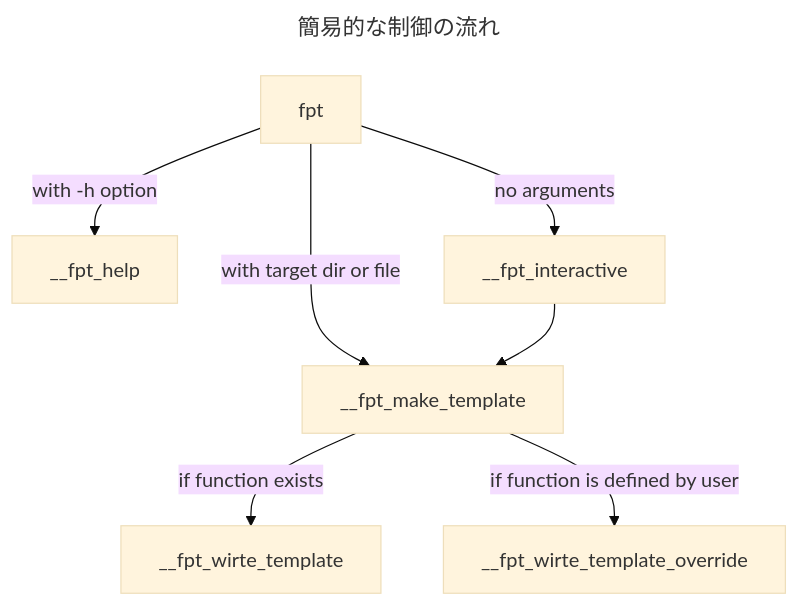
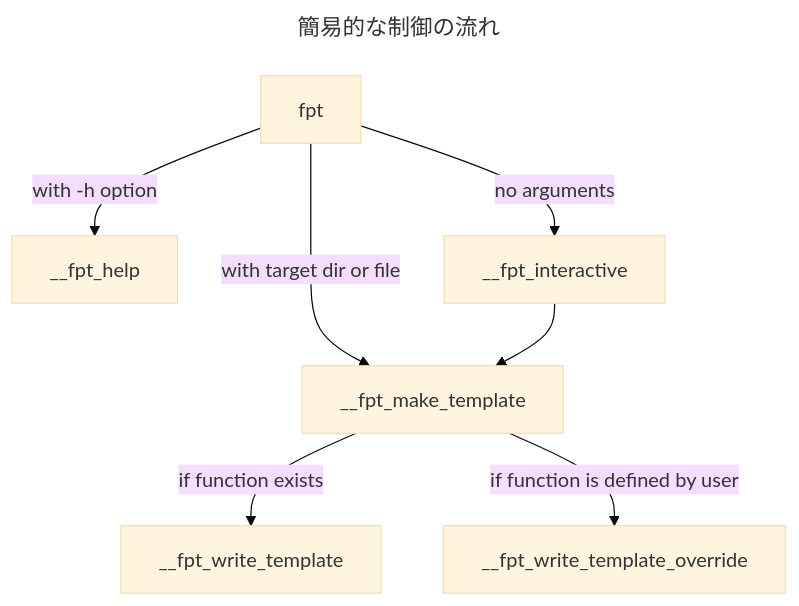
The diagram in articles/zenn-fish-plugin-template.md (yo-goto/zenn-public-repo), drawn with Mermaid (base theme) before and after one commit. The commit also changed other lines of this file and 45 other files, not shown here.

````diff
--- a/articles/zenn-fish-plugin-template.md
+++ b/articles/zenn-fish-plugin-template.md
@@ -82,18 +82,18 @@
 ```mermaid
 ---
 title: 簡易的な制御の流れ
 ---
 graph TD
     id0[fpt]
     id2[__fpt_help]
     id3[__fpt_make_template]
-    id4[__fpt_wirte_template]
-    id5[__fpt_wirte_template_override]
+    id4[__fpt_write_template]
+    id5[__fpt_write_template_override]
     id6[__fpt_interactive]
     id0 --> |with -h option|id2
     id0 --> |with target dir or file|id3
     id3 --> |if function exists|id4
     id3 --> |if function is defined by user|id5
     id6 --> id3
     id0 --> |no arguments|id6
 ```
````
